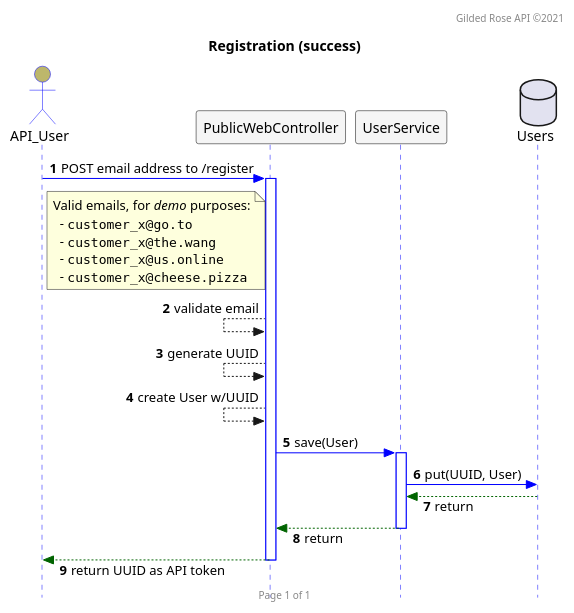
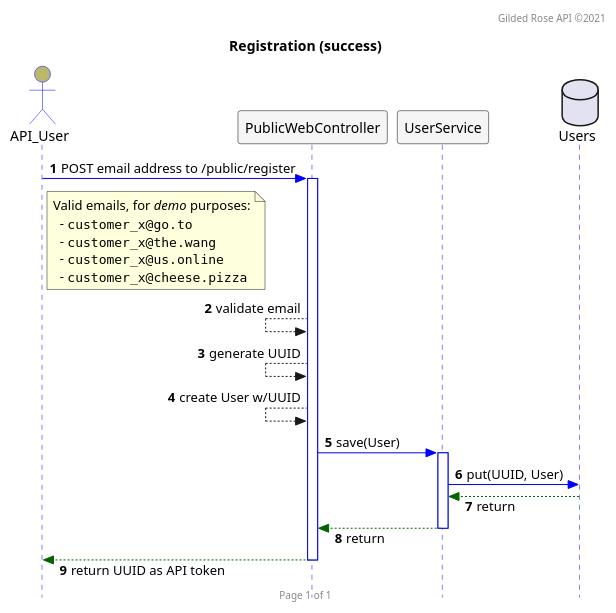
One commit to bladewheels/GildedRoseAPI changed the diagram in src/main/resources/seq.register.puml. Above: the diagram before and after it, drawn with PlantUML.

```diff
--- a/src/main/resources/seq.register.puml
+++ b/src/main/resources/seq.register.puml
@@ -1,48 +1,48 @@
 @startuml
 
 autonumber
 header Gilded Rose API ©2021
 footer Page 1 of 1
 hide footbox
 
 skinparam responseMessageBelowArrow true
 skinparam sequence {
   ActorBackgroundColor DarkKhaki
   ActorBorderColor Blue
   DatabaseBackgroundColor Gray
   DatabaseBorderColor Black
   LifeLineBorderColor Blue
   ParticipantBackgroundColor WhiteSmoke
   ParticipantBorderColor Black
 }
 skinparam style strictuml
 
 title Registration (success)
 
 actor API_User
 participant PublicWebController
 participant UserService
 database Users
 
-API_User -[#0000FF]> PublicWebController : POST email address to /register
+API_User -[#0000FF]> PublicWebController : POST email address to /public/register
 note right of API_User
  Valid emails, for //demo// purposes:
    - ""customer_x@go.to""
    - ""customer_x@the.wang""
    - ""customer_x@us.online""
    - ""customer_x@cheese.pizza""
 end note
 activate PublicWebController
 PublicWebController <-- PublicWebController : validate email
 PublicWebController <-- PublicWebController : generate UUID
 PublicWebController <-- PublicWebController : create User w/UUID
 PublicWebController -[#0000FF]> UserService : save(User)
 activate UserService
 UserService -[#0000FF]> Users : put(UUID, User)
 UserService <[#DarkGreen]-- Users : return
 PublicWebController <[#DarkGreen]-- UserService : return
 deactivate UserService
 API_User <[#DarkGreen]-- PublicWebController : return UUID as API token
 deactivate PublicWebController
 
 @enduml
```
